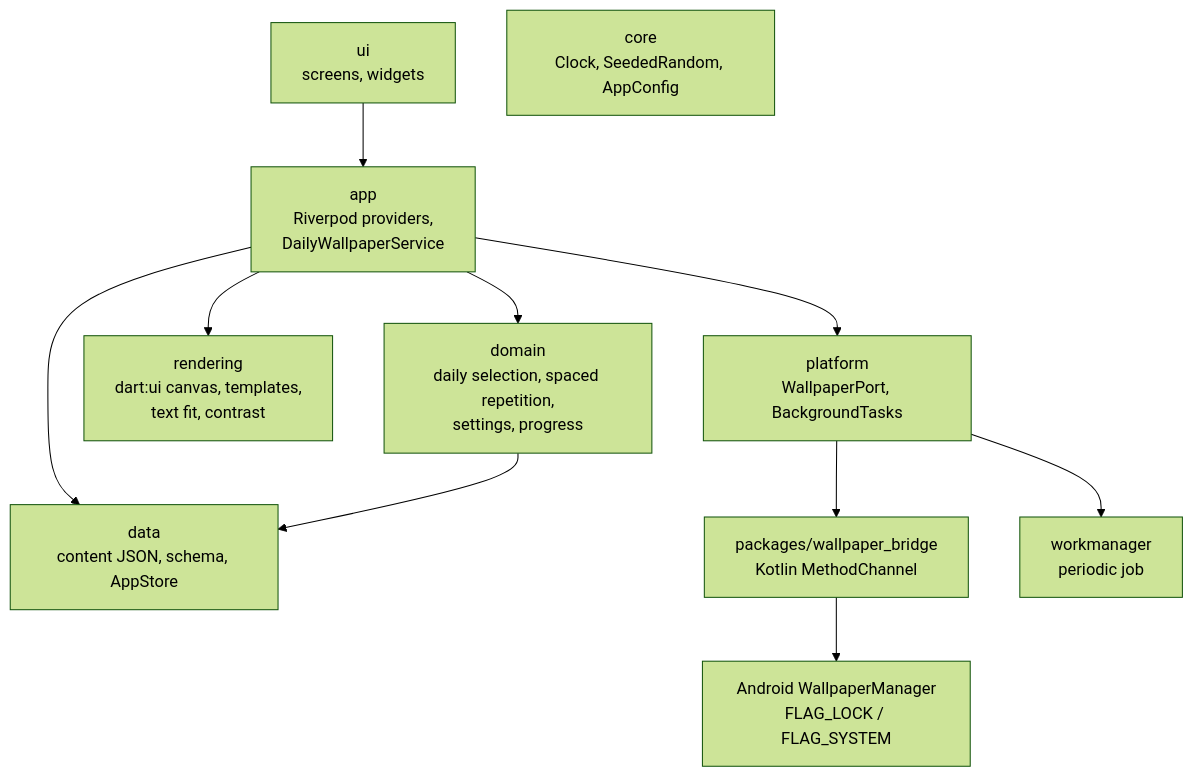
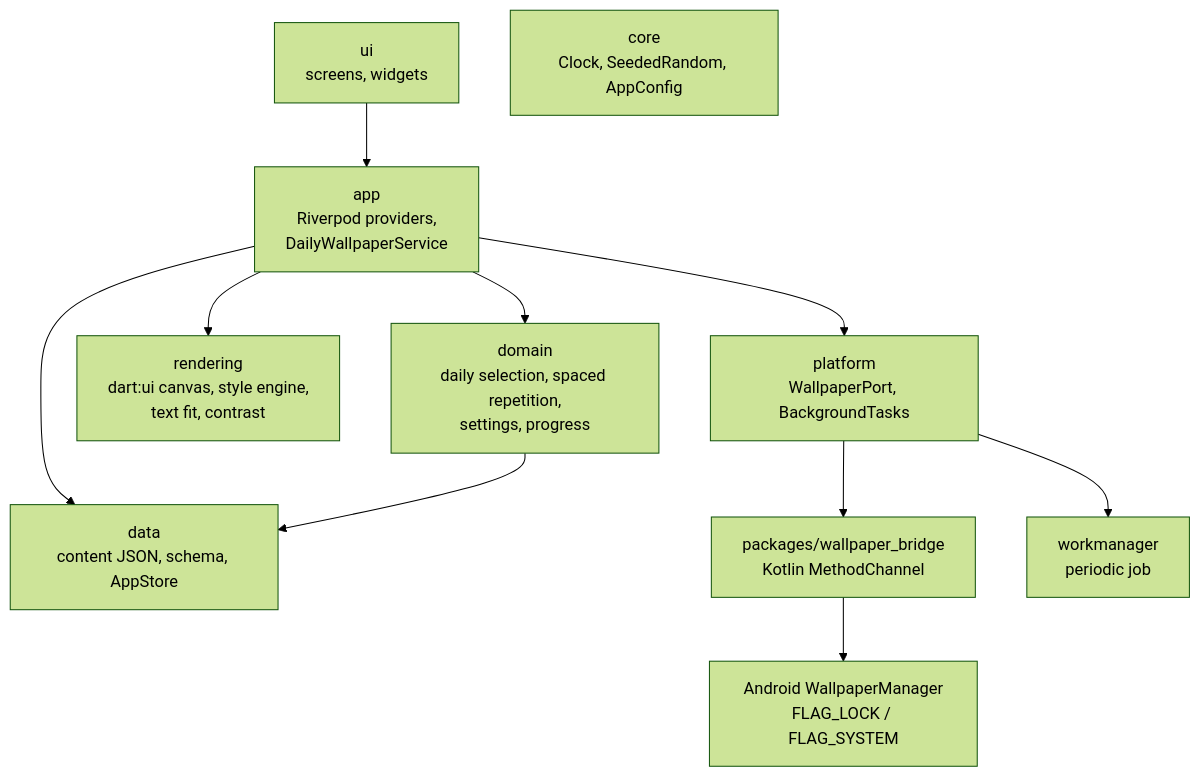
The diagram in README.md (yusuf-aycicek/dayleaf), drawn with Mermaid (forest theme) before and after one commit. The commit also changed other lines of this file and 129 other files, not shown here.

````diff
--- a/README.md
+++ b/README.md
@@ -38,13 +41,13 @@
 ```mermaid
 flowchart TD
     UI["ui<br/>screens, widgets"] --> APP["app<br/>Riverpod providers,<br/>DailyWallpaperService"]
     APP --> DOMAIN["domain<br/>daily selection, spaced repetition,<br/>settings, progress"]
-    APP --> RENDER["rendering<br/>dart:ui canvas, templates,<br/>text fit, contrast"]
+    APP --> RENDER["rendering<br/>dart:ui canvas, style engine,<br/>text fit, contrast"]
     APP --> PLATFORM["platform<br/>WallpaperPort, BackgroundTasks"]
     APP --> DATA["data<br/>content JSON, schema, AppStore"]
     DOMAIN --> DATA
     PLATFORM --> BRIDGE["packages/wallpaper_bridge<br/>Kotlin MethodChannel"]
     BRIDGE --> WM["Android WallpaperManager<br/>FLAG_LOCK / FLAG_SYSTEM"]
     PLATFORM --> WORK["workmanager<br/>periodic job"]
     CORE["core<br/>Clock, SeededRandom, AppConfig"]
 ```
````
